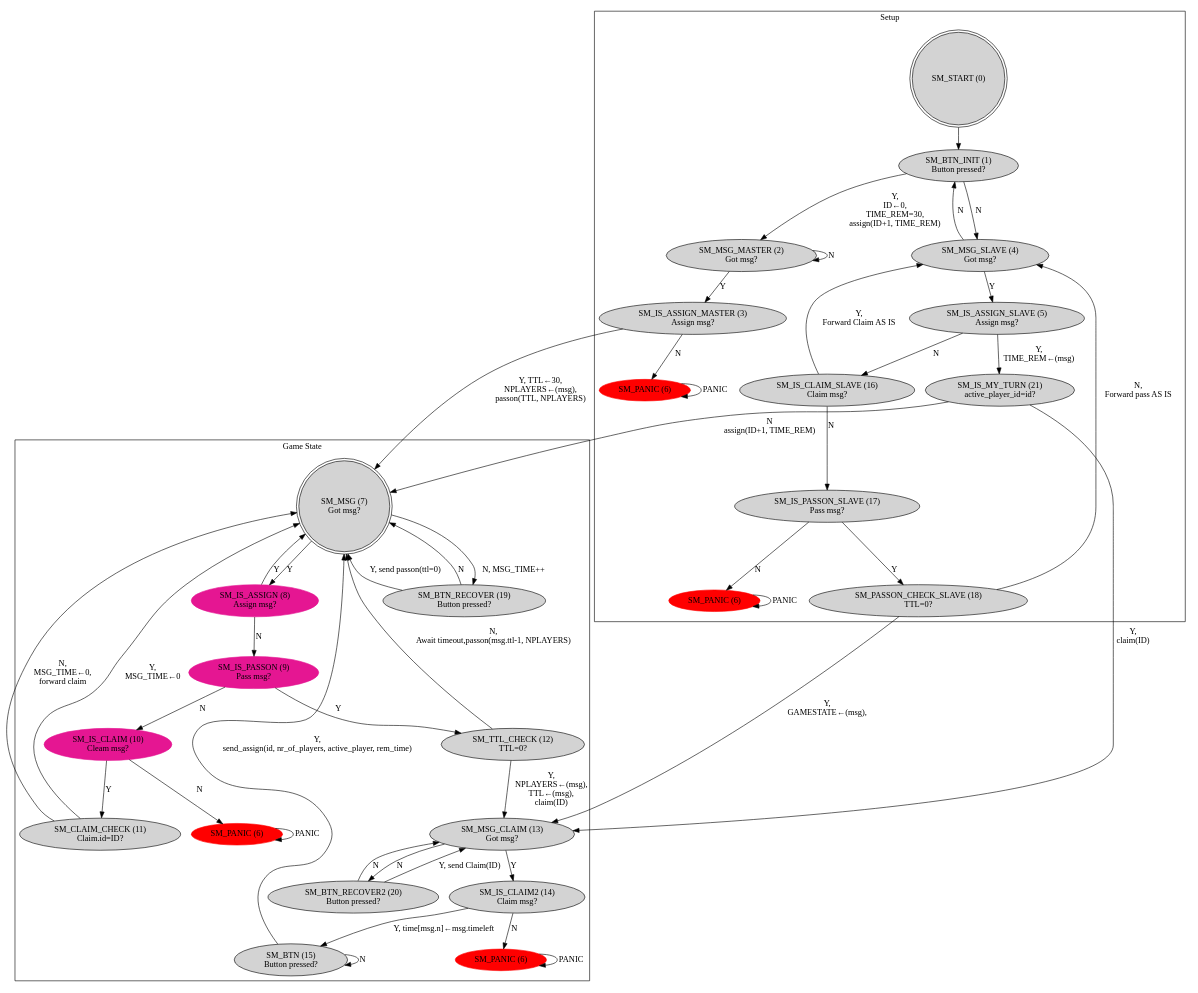
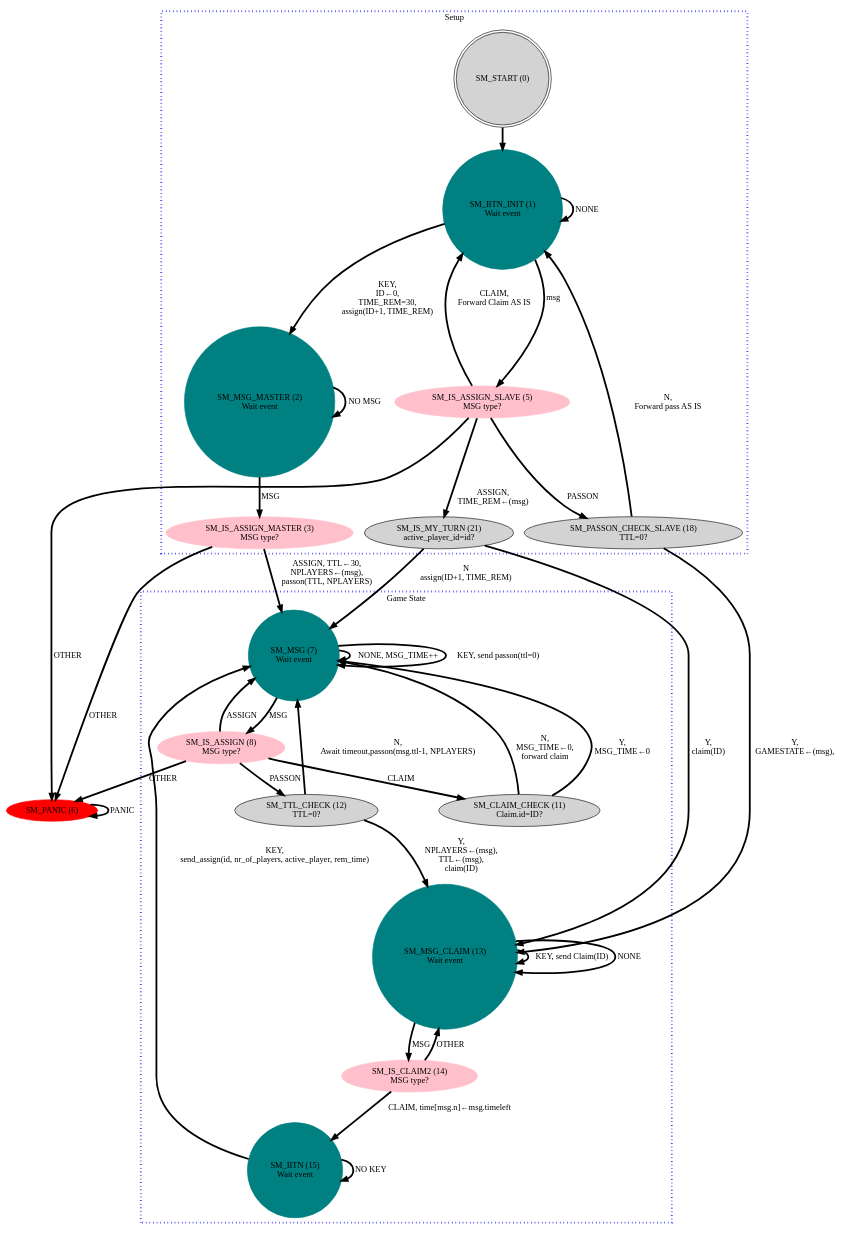
Before and after one commit to wutje/stc_nway_chessclock: the diagram in docs/statemachine.dot, drawn with Graphviz. The commit also changed 1 other file, not shown here.

```diff
--- a/docs/statemachine.dot
+++ b/docs/statemachine.dot
@@ -1,95 +1,77 @@
 digraph G {
-    graph [layout = dot]
+    graph [layout = dot];
+
+    node [style = filled];
+    edge [penwidth = 3];
+
+    color = blue;
+    penwidth = 3;
+    style = dotted;
+
 
     subgraph cluster_0 {
         label = "Setup";
-        node [style = filled];
+
         SM_START [label = "SM_START (0)", shape=doublecircle];
-        SM_BTN_INIT [label = "SM_BTN_INIT (1)\nButton pressed?"];
-        SM_MSG_MASTER [label = "SM_MSG_MASTER (2)\nGot msg?"];
-        SM_IS_ASSIGN_MASTER [label = "SM_IS_ASSIGN_MASTER (3)\nAssign msg?"];
-        SM_MSG_SLAVE [label = "SM_MSG_SLAVE (4)\nGot msg?"];
-        SM_IS_ASSIGN_SLAVE [label = "SM_IS_ASSIGN_SLAVE (5)\nAssign msg?"];
-        SM_IS_CLAIM_SLAVE [label = "SM_IS_CLAIM_SLAVE (16)\nClaim msg?"];
-        SM_IS_PASSON_SLAVE [label = "SM_IS_PASSON_SLAVE (17)\nPass msg?"];
+        SM_BTN_INIT [label = "SM_BTN_INIT (1)\nWait event", color=teal, shape=circle];
+        SM_MSG_MASTER [label = "SM_MSG_MASTER (2)\nWait event", color=teal, shape=circle];
+        SM_IS_ASSIGN_MASTER [color = pink, label = "SM_IS_ASSIGN_MASTER (3)\nMSG type?"];
+        SM_IS_ASSIGN_SLAVE [color = pink, label = "SM_IS_ASSIGN_SLAVE (5)\nMSG type?"];
         SM_PASSON_CHECK_SLAVE [label = "SM_PASSON_CHECK_SLAVE (18)\nTTL=0?"];
         SM_IS_MY_TURN [label = "SM_IS_MY_TURN (21)\nactive_player_id=id?"];
-
-        SM_PANIC1 [label = "SM_PANIC (6)", style = filled, color = red];
-        SM_PANIC2 [label = "SM_PANIC (6)", style = filled, color = red];
     }
+    SM_PANIC [label = "SM_PANIC (6)", style = filled, color = red];
 
     subgraph cluster_1 {
         label = "Game State";
-        node [style = filled];
 
-        SM_MSG [label = "SM_MSG (7)\nGot msg?", shape=doublecircle];
-
-        SM_IS_ASSIGN [color = ".9, .9, .9", label = "SM_IS_ASSIGN (8)\nAssign msg?"];
-        SM_IS_PASSON [color =  ".9, .9, .9", label = "SM_IS_PASSON (9)\nPass msg?"];
-        SM_IS_CLAIM [color =   ".9, .9, .9", label = "SM_IS_CLAIM (10)\nCleam msg?"];
-
+        SM_MSG [label = "SM_MSG (7)\nWait event", color=teal, shape=circle];
+        SM_IS_ASSIGN [color = pink, label = "SM_IS_ASSIGN (8)\nMSG type?"];
         SM_CLAIM_CHECK [label = "SM_CLAIM_CHECK (11)\nClaim.id=ID?"];
         SM_TTL_CHECK [label = "SM_TTL_CHECK (12)\nTTL=0?"];
-        SM_MSG_CLAIM [label = "SM_MSG_CLAIM (13)\nGot msg?"];
-        SM_IS_CLAIM2 [label = "SM_IS_CLAIM2 (14)\nClaim msg?"];
-        SM_BTN [label = "SM_BTN (15)\nButton pressed?"];
-        SM_BTN_RECOVER [label = "SM_BTN_RECOVER (19)\nButton pressed?"];
-        SM_BTN_RECOVER2 [label = "SM_BTN_RECOVER2 (20)\nButton pressed?"];
-
-        SM_PANIC3 [label = "SM_PANIC (6)", style = filled, color = red];
-        SM_PANIC4 [label = "SM_PANIC (6)", style = filled, color = red];
+        SM_MSG_CLAIM [label = "SM_MSG_CLAIM (13)\nWait event", color=teal, shape=circle];
+        SM_IS_CLAIM2 [color = pink, label = "SM_IS_CLAIM2 (14)\nMSG type?"];
+        SM_BTN [label = "SM_BTN (15)\nWait event", color=teal, shape=circle];
     }
 
     // SETUP
     SM_START -> SM_BTN_INIT;
-    SM_BTN_INIT -> SM_MSG_MASTER [label = "Y,\nID←0,\nTIME_REM=30,\nassign(ID+1, TIME_REM)"];
-    SM_BTN_INIT -> SM_MSG_SLAVE [label = "N"];
-    SM_MSG_MASTER -> SM_IS_ASSIGN_MASTER [label = "Y"];
-    SM_MSG_MASTER -> SM_MSG_MASTER [label = "N"];
-    SM_IS_ASSIGN_MASTER -> SM_MSG [label = "Y, TTL←30,\nNPLAYERS←(msg),\npasson(TTL, NPLAYERS)"];
-    SM_IS_ASSIGN_MASTER -> SM_PANIC1 [label = "N"];
-    SM_MSG_SLAVE -> SM_IS_ASSIGN_SLAVE [label = "Y"];
-    SM_MSG_SLAVE -> SM_BTN_INIT [label = "N"];
-    SM_IS_ASSIGN_SLAVE -> SM_IS_MY_TURN [label = "Y,\nTIME_REM←(msg)"];
+    SM_BTN_INIT -> SM_MSG_MASTER [label = "KEY,\nID←0,\nTIME_REM=30,\nassign(ID+1, TIME_REM)"];
+    SM_BTN_INIT -> SM_IS_ASSIGN_SLAVE [label = "msg"];
+    SM_BTN_INIT -> SM_BTN_INIT [label = "NONE"];
+    SM_MSG_MASTER -> SM_IS_ASSIGN_MASTER [label = "MSG"];
+    SM_MSG_MASTER -> SM_MSG_MASTER [label = "NO MSG"];
+    SM_IS_ASSIGN_MASTER -> SM_MSG [label = "ASSIGN, TTL←30,\nNPLAYERS←(msg),\npasson(TTL, NPLAYERS)"];
+    SM_IS_ASSIGN_MASTER -> SM_PANIC [label = "OTHER"];
+    SM_IS_ASSIGN_SLAVE -> SM_IS_MY_TURN [label = "ASSIGN,\nTIME_REM←(msg)"];
+    SM_IS_ASSIGN_SLAVE -> SM_BTN_INIT [label = "CLAIM,\nForward Claim AS IS"];
+    SM_IS_ASSIGN_SLAVE -> SM_PASSON_CHECK_SLAVE [label = "PASSON"];
+    SM_IS_ASSIGN_SLAVE -> SM_PANIC [label = "OTHER"];
     SM_IS_MY_TURN -> SM_MSG [label = "N\nassign(ID+1, TIME_REM)"];
     SM_IS_MY_TURN -> SM_MSG_CLAIM [label = "Y,\nclaim(ID)" ];
-    SM_IS_ASSIGN_SLAVE -> SM_IS_CLAIM_SLAVE [label = "N"];
-    SM_IS_CLAIM_SLAVE -> SM_MSG_SLAVE [label = "Y,\nForward Claim AS IS"];
-    SM_IS_CLAIM_SLAVE -> SM_IS_PASSON_SLAVE [label = "N"];
-    SM_IS_PASSON_SLAVE -> SM_PASSON_CHECK_SLAVE [label = "Y"];
-    SM_IS_PASSON_SLAVE -> SM_PANIC2 [label = "N"];
     SM_PASSON_CHECK_SLAVE -> SM_MSG_CLAIM [label = "Y,\nGAMESTATE←(msg),\n"];
-    SM_PASSON_CHECK_SLAVE -> SM_MSG_SLAVE [label = "N,\nForward pass AS IS"];
+    SM_PASSON_CHECK_SLAVE -> SM_BTN_INIT [label = "N,\nForward pass AS IS"];
 
-    SM_PANIC1 -> SM_PANIC1 [label = "PANIC"];
-    SM_PANIC2 -> SM_PANIC2 [label = "PANIC"];
-    SM_PANIC3 -> SM_PANIC3 [label = "PANIC"];
-    SM_PANIC4 -> SM_PANIC4 [label = "PANIC"];
+    SM_PANIC -> SM_PANIC [label = "PANIC"];
 
     // REGULAR GAME
-    SM_MSG -> SM_IS_ASSIGN [label = "Y"];
-    SM_MSG -> SM_BTN_RECOVER [label = "N, MSG_TIME++"];
-    SM_BTN_RECOVER -> SM_MSG [label = "Y, send passon(ttl=0)"];
-    SM_BTN_RECOVER -> SM_MSG [label = "N"];
-    SM_IS_ASSIGN -> SM_MSG [label = "Y"];
-    SM_IS_ASSIGN -> SM_IS_PASSON [label = "N"];
-    SM_IS_PASSON -> SM_TTL_CHECK [label = "Y"];
-    SM_IS_PASSON -> SM_IS_CLAIM [label = "N"];
-    SM_IS_CLAIM -> SM_CLAIM_CHECK [label = "Y"];
-    SM_IS_CLAIM -> SM_PANIC3 [label = "N"];
+    SM_MSG -> SM_IS_ASSIGN [label = "MSG"];
+    SM_MSG -> SM_MSG [label = "NONE, MSG_TIME++"];
+    SM_MSG -> SM_MSG [label = "KEY, send passon(ttl=0)"];
+    SM_IS_ASSIGN -> SM_MSG [label = "ASSIGN"];
+    SM_IS_ASSIGN -> SM_TTL_CHECK [label = "PASSON"];
+    SM_IS_ASSIGN -> SM_CLAIM_CHECK [label = "CLAIM"];
+    SM_IS_ASSIGN -> SM_PANIC [label = "OTHER"];
     SM_CLAIM_CHECK -> SM_MSG [label = "Y,\nMSG_TIME←0"];
     SM_CLAIM_CHECK -> SM_MSG [label = "N,\nMSG_TIME←0,\nforward claim"];
     SM_TTL_CHECK -> SM_MSG_CLAIM [label = "Y,\nNPLAYERS←(msg),\nTTL←(msg),\nclaim(ID)"];
     SM_TTL_CHECK -> SM_MSG [label = "N,\nAwait timeout,passon(msg.ttl-1, NPLAYERS)"];
-    SM_MSG_CLAIM -> SM_IS_CLAIM2 [label = "Y"];
-    SM_MSG_CLAIM -> SM_BTN_RECOVER2 [label = "N"];
+    SM_MSG_CLAIM -> SM_IS_CLAIM2 [label = "MSG"];
+    SM_MSG_CLAIM -> SM_MSG_CLAIM [label = "KEY, send Claim(ID)"];
+    SM_MSG_CLAIM -> SM_MSG_CLAIM [label = "NONE"];
 
-    SM_BTN_RECOVER2 -> SM_MSG_CLAIM [label = "Y, send Claim(ID)"];
-    SM_BTN_RECOVER2 -> SM_MSG_CLAIM [label = "N"];
-
-    SM_IS_CLAIM2 -> SM_BTN [label = "Y, time[msg.n]←msg.timeleft"];
-    SM_IS_CLAIM2 -> SM_PANIC4 [label = "N"];
-    SM_BTN -> SM_MSG [label = "Y,\nsend_assign(id, nr_of_players, active_player, rem_time)"];
-    SM_BTN -> SM_BTN [label = "N"];
+    SM_IS_CLAIM2 -> SM_BTN [label = "CLAIM, time[msg.n]←msg.timeleft"];
+    SM_IS_CLAIM2 -> SM_MSG_CLAIM [label = "OTHER"];
+    SM_BTN -> SM_MSG [label = "KEY,\nsend_assign(id, nr_of_players, active_player, rem_time)"];
+    SM_BTN -> SM_BTN [label = "NO KEY"];
 }
```
